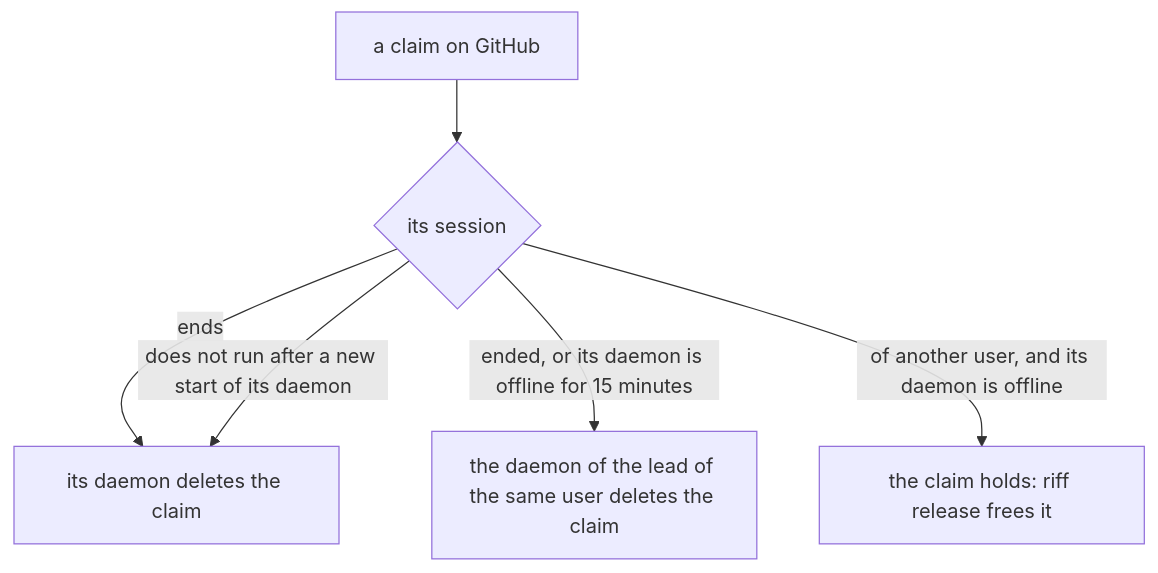
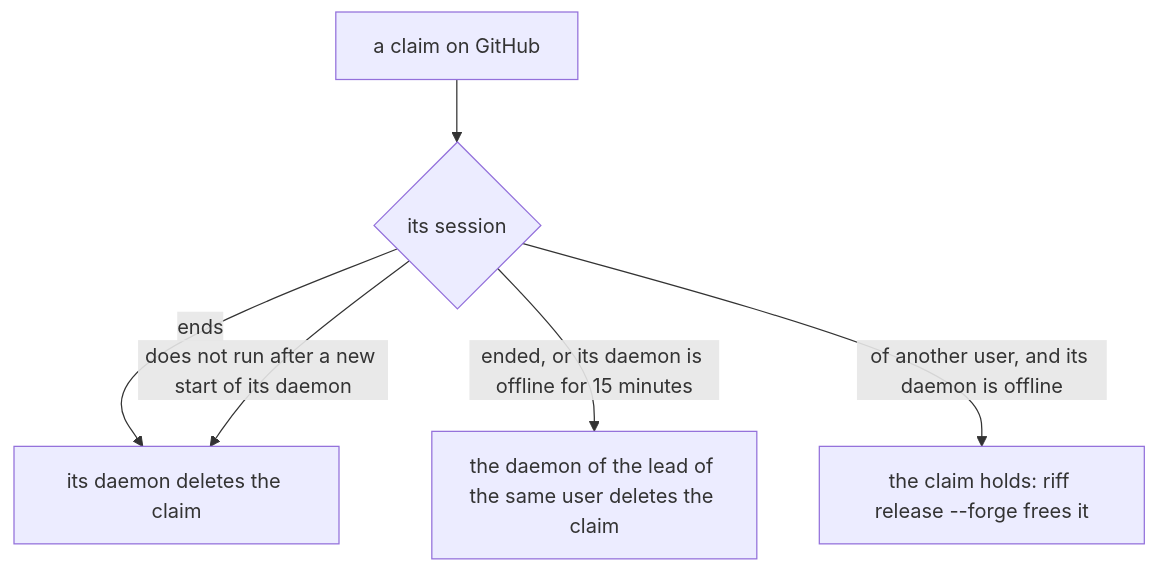
One commit to como-technologies/riff changed the fifth of 5 diagrams in docs/src/riff-3-peers.md. Above: the diagram before and after it, drawn with Mermaid. The commit also changed other lines of this file and 1 other file, not shown here.

````diff
--- a/docs/src/riff-3-peers.md
+++ b/docs/src/riff-3-peers.md
@@ -235,8 +251,8 @@
 ```mermaid
 flowchart TD
     C["a claim on GitHub"] --> E{"its session"}
     E -- "ends" --> R["its daemon deletes the claim"]
     E -- "does not run after a new start of its daemon" --> R
     E -- "ended, or its daemon is offline for 15 minutes" --> L["the daemon of the lead of the same user deletes the claim"]
-    E -- "of another user, and its daemon is offline" --> H["the claim holds: riff release frees it"]
+    E -- "of another user, and its daemon is offline" --> H["the claim holds: riff release --forge frees it"]
 ```
````
